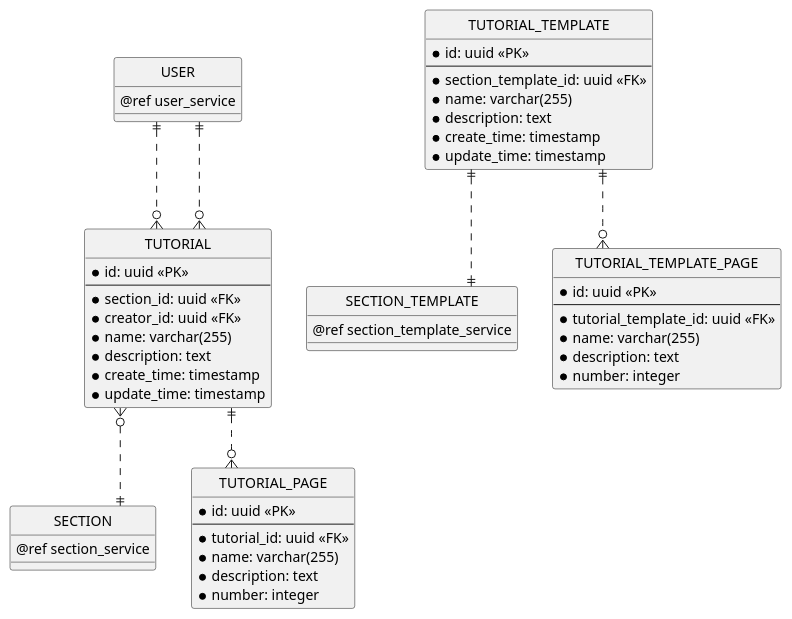
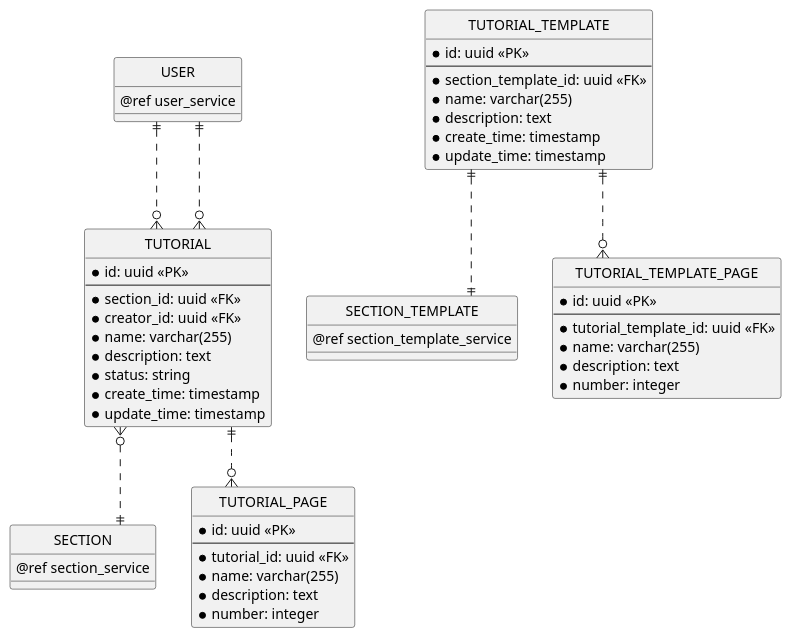
The tenth of 12 diagrams in erd.md (chungnguyenbkcse/ERD-USECASE-KIDSDRAWING), drawn with PlantUML before and after one commit. The commit also changed other lines of this file and 1 other file, not shown here.

````diff
--- a/erd.md
+++ b/erd.md
@@ -565,70 +553,71 @@
 ```plantuml
 @startuml tutorial_service
 ' hide the spot
 hide circle
 
 ' avoid problems with angled crows feet
 skinparam linetype ortho
 
 entity "USER" as user {
     @ref user_service
 }
 
 entity "SECTION" as section {
     @ref section_service
 }
 
 entity "SECTION_TEMPLATE" as section_template {
     @ref section_template_service
 }
 
 entity "TUTORIAL" as tutorial {
     * id: uuid <<PK>>
     --
     * section_id: uuid <<FK>>
     * creator_id: uuid <<FK>>
     * name: varchar(255)
     * description: text
+    * status: string
     * create_time: timestamp
     * update_time: timestamp
 }
 
 entity "TUTORIAL_TEMPLATE" as tutorial_template {
      * id: uuid <<PK>>
     --
     * section_template_id: uuid <<FK>>
     * name: varchar(255)
     * description: text
     * create_time: timestamp
     * update_time: timestamp
 }
 
 
 entity "TUTORIAL_PAGE" as tutorial_page {
     * id: uuid <<PK>>
     --
     * tutorial_id: uuid <<FK>>
     * name: varchar(255)
     * description: text
     * number: integer
 }
 
 entity "TUTORIAL_TEMPLATE_PAGE" as tutorial_template_page {
     * id: uuid <<PK>>
     --
     * tutorial_template_id: uuid <<FK>>
     * name: varchar(255)
     * description: text
     * number: integer
 }
 
 
 ' Tutorial Relationship
 user ||..o{ tutorial
 user ||..o{ tutorial
 tutorial ||..o{ tutorial_page
 tutorial }o..|| section
 tutorial_template ||..|| section_template
 tutorial_template ||..o{ tutorial_template_page
 @enduml
 ```
````
